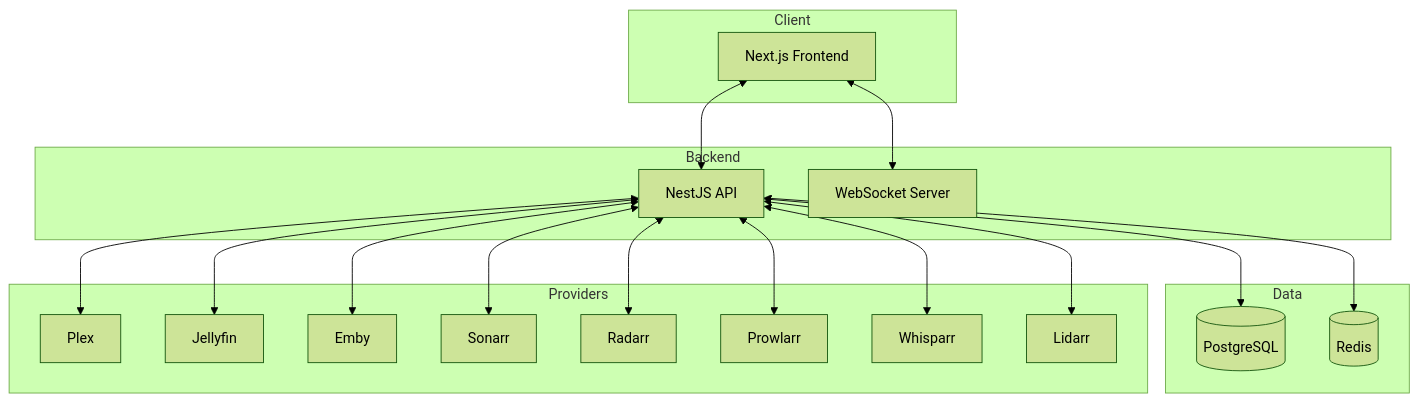
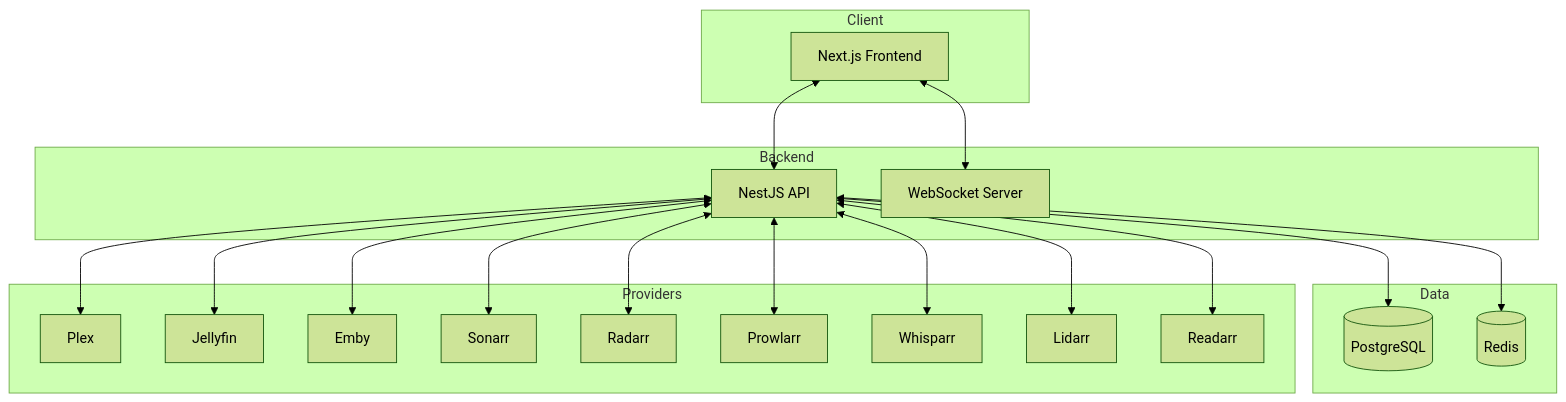
The diagram in README.md (itz4blitz/Logarr), drawn with Mermaid (forest theme) before and after one commit. The commit also changed other lines of this file and 23 other files, not shown here.

````diff
--- a/README.md
+++ b/README.md
@@ -157,33 +159,34 @@
 ```mermaid
 flowchart TB
     subgraph Client
         FE[Next.js Frontend]
     end
 
     subgraph Backend
         API[NestJS API]
         WS[WebSocket Server]
     end
 
     subgraph Data
         PG[(PostgreSQL)]
         RD[(Redis)]
     end
 
     subgraph Providers
         PX[Plex]
         JF[Jellyfin]
         EM[Emby]
         SO[Sonarr]
         RA[Radarr]
         PR[Prowlarr]
         WH[Whisparr]
         LI[Lidarr]
+        RE[Readarr]
     end
 
     FE <--> API
     FE <--> WS
     API <--> PG
     API <--> RD
-    API <--> PX & JF & EM & SO & RA & PR & WH & LI
+    API <--> PX & JF & EM & SO & RA & PR & WH & LI & RE
 ```
````
